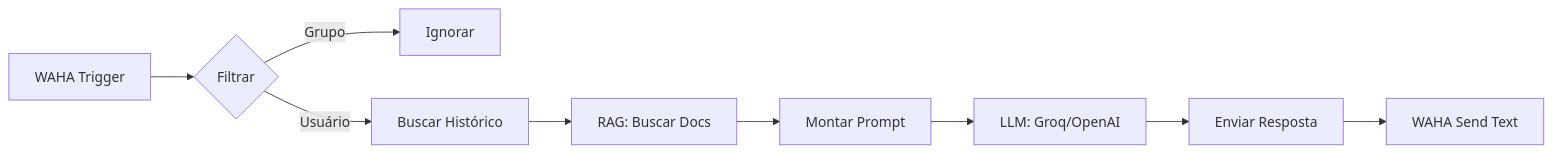
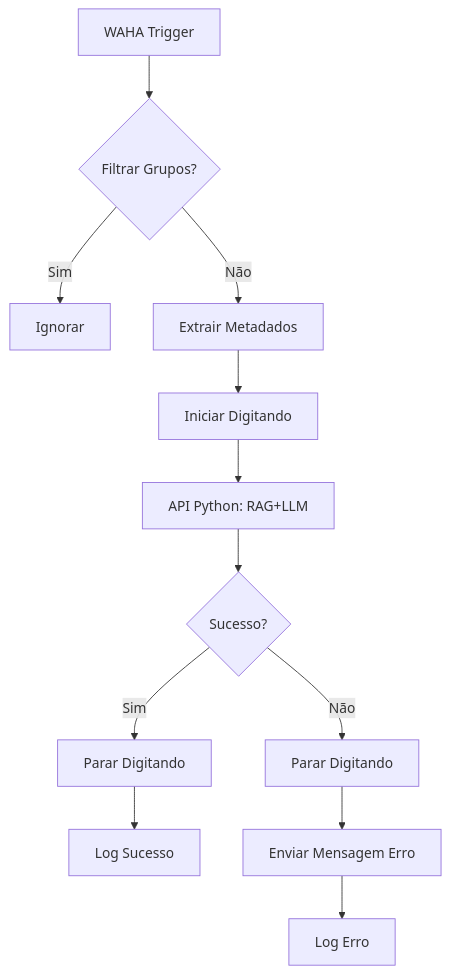
One commit to arturmelo2/chatbot-tributos changed the diagram in N8N_CHATBOT_COMPLETO.md. Above: the diagram before and after it, drawn with Mermaid. The commit also changed other lines of this file and 2 other files, not shown here.

Commit message:
feat: update up-n8n script to initiate complete chatbot architecture with WAHA, n8n, and API Python

````diff
--- a/N8N_CHATBOT_COMPLETO.md
+++ b/N8N_CHATBOT_COMPLETO.md
@@ -74,11 +95,14 @@
 ```mermaid
-graph LR
-    A[WAHA Trigger] --> B{Filtrar}
-    B -->|Grupo| C[Ignorar]
-    B -->|Usuário| D[Buscar Histórico]
-    D --> E[RAG: Buscar Docs]
-    E --> F[Montar Prompt]
-    F --> G[LLM: Groq/OpenAI]
-    G --> H[Enviar Resposta]
-    H --> I[WAHA Send Text]
+graph TD
+    A[WAHA Trigger] --> B{Filtrar Grupos?}
+    B -->|Sim| C[Ignorar]
+    B -->|Não| D[Extrair Metadados]
+    D --> E[Iniciar Digitando]
+    E --> F[API Python: RAG+LLM]
+    F --> G{Sucesso?}
+    G -->|Sim| H[Parar Digitando]
+    G -->|Não| I[Parar Digitando]
+    H --> J[Log Sucesso]
+    I --> K[Enviar Mensagem Erro]
+    K --> L[Log Erro]
 ```
````
